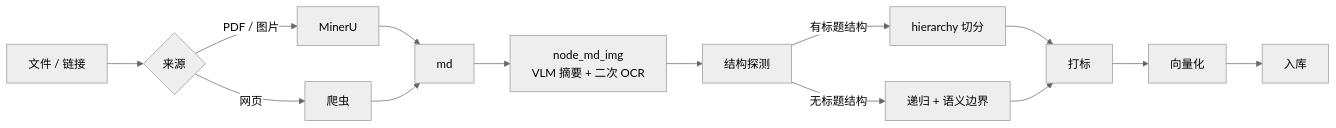
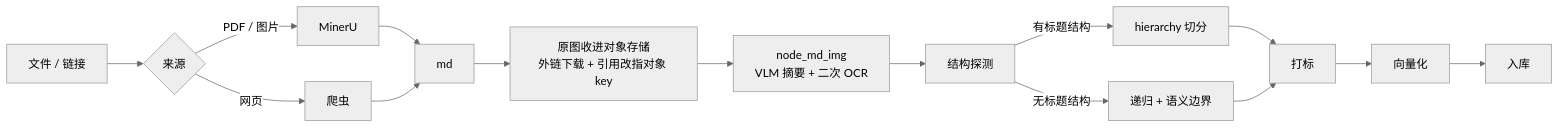
The first of 2 diagrams in docs/ARCHITECTURE.md (bigbadapai-bit/RAGamer), drawn with Mermaid (neutral theme) before and after one commit. The commit also changed other lines of this file and 11 other files, not shown here.

First line of the commit message:
feat(enriching): 图片补全统一覆盖三条来源，视觉摘要带上文

````diff
--- a/docs/ARCHITECTURE.md
+++ b/docs/ARCHITECTURE.md
@@ -17,16 +17,17 @@
 ```mermaid
 flowchart LR
     A[文件 / 链接] --> B{来源}
     B -->|PDF / 图片| C[MinerU]
     B -->|网页| D[爬虫]
     C --> E[md]
     D --> E
-    E --> F["node_md_img<br/>VLM 摘要 + 二次 OCR"]
+    E --> E2["原图收进对象存储<br/>外链下载 + 引用改指对象 key"]
+    E2 --> F["node_md_img<br/>VLM 摘要 + 二次 OCR"]
     F --> G[结构探测]
     G -->|有标题结构| H[hierarchy 切分]
     G -->|无标题结构| I[递归 + 语义边界]
     H --> J[打标]
     I --> J
     J --> K[向量化]
     K --> L[入库]
 ```
````
